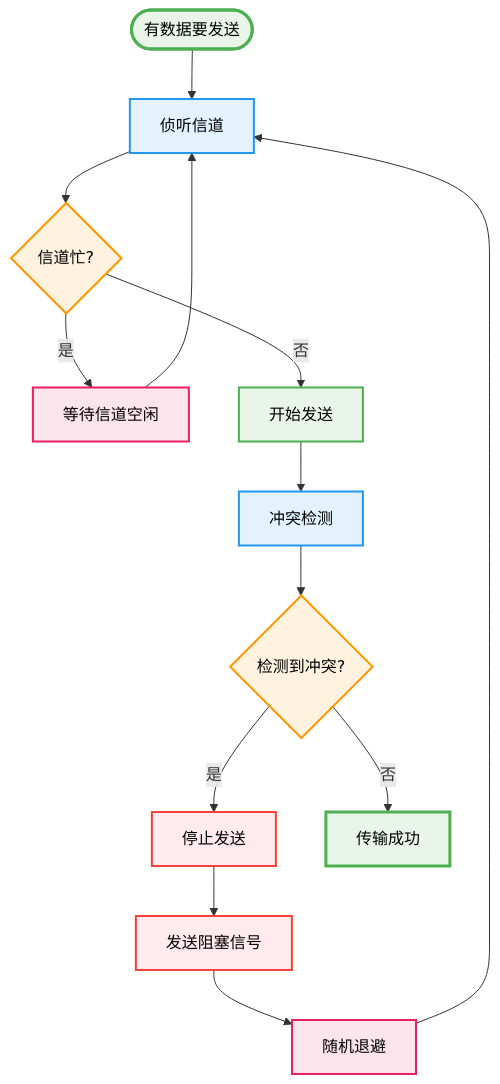
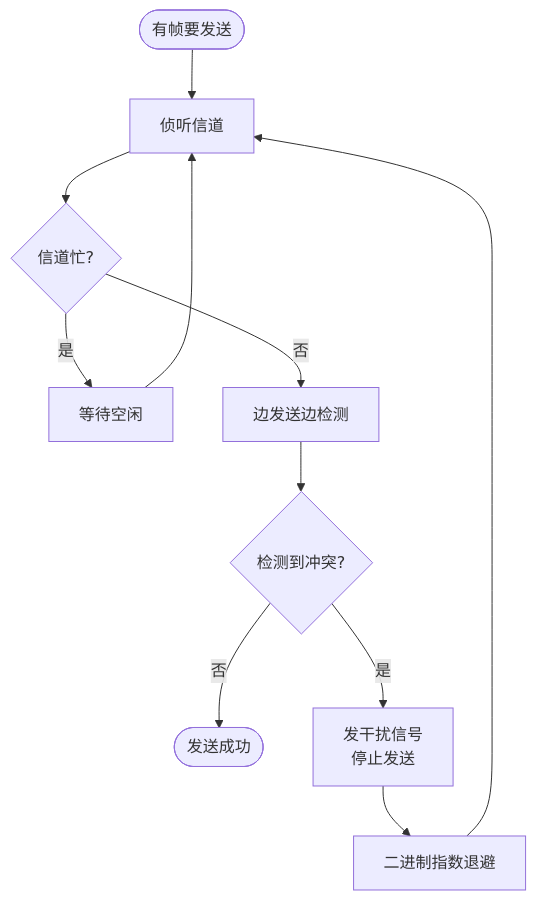
Before and after one commit to Dtheme/CS-base: the fourth of 7 diagrams in 计算机网络/6.3链路层：多路访问协议.md, drawn with Mermaid. The commit also changed other lines of this file and 51 other files, not shown here.

````diff
--- a/计算机网络/6.3链路层：多路访问协议.md
+++ b/计算机网络/6.3链路层：多路访问协议.md
@@ -331,40 +176,11 @@
 ```mermaid
 flowchart TD
-    Start([有数据要发送])
-    Listen[侦听信道]
-    Busy{信道忙?}
-    Wait[等待信道空闲]
-    Send[开始发送]
-    Detect[冲突检测]
-    Collision{检测到冲突?}
-    Stop[停止发送]
-    Jam[发送阻塞信号]
-    Backoff[随机退避]
-    Success[传输成功]
-    
-    Start --> Listen
-    Listen --> Busy
-    Busy -->|是| Wait
-    Busy -->|否| Send
-    Wait --> Listen
-    Send --> Detect
-    Detect --> Collision
-    Collision -->|是| Stop
-    Collision -->|否| Success
-    Stop --> Jam
-    Jam --> Backoff
-    Backoff --> Listen
-    
-    %% 节点样式设置
-    style Start fill:#e8f5e8,stroke:#4caf50,stroke-width:3px,color:#000000
-    style Listen fill:#e3f2fd,stroke:#2196f3,stroke-width:2px,color:#000000
-    style Busy fill:#fff3e0,stroke:#ff9800,stroke-width:2px,color:#000000
-    style Wait fill:#fce4ec,stroke:#e91e63,stroke-width:2px,color:#000000
-    style Send fill:#e8f5e8,stroke:#4caf50,stroke-width:2px,color:#000000
-    style Detect fill:#e3f2fd,stroke:#2196f3,stroke-width:2px,color:#000000
-    style Collision fill:#fff3e0,stroke:#ff9800,stroke-width:2px,color:#000000
-    style Stop fill:#ffebee,stroke:#f44336,stroke-width:2px,color:#000000
-    style Jam fill:#ffebee,stroke:#f44336,stroke-width:2px,color:#000000
-    style Backoff fill:#fce4ec,stroke:#e91e63,stroke-width:2px,color:#000000
-    style Success fill:#e8f5e8,stroke:#4caf50,stroke-width:3px,color:#000000
+    Start([有帧要发送]) --> Listen[侦听信道]
+    Listen --> Busy{信道忙?}
+    Busy -->|是| Wait[等待空闲] --> Listen
+    Busy -->|否| Send[边发送边检测]
+    Send --> Collision{检测到冲突?}
+    Collision -->|否| Success([发送成功])
+    Collision -->|是| Jam[发干扰信号<br/>停止发送]
+    Jam --> Backoff[二进制指数退避] --> Listen
 ```
````
